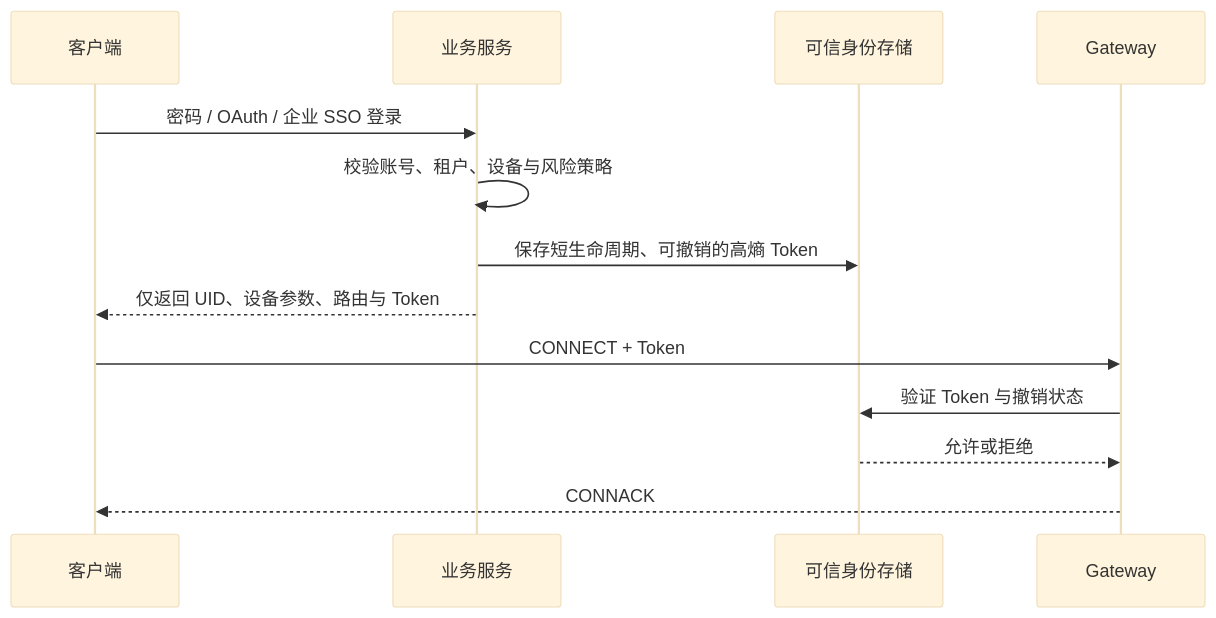
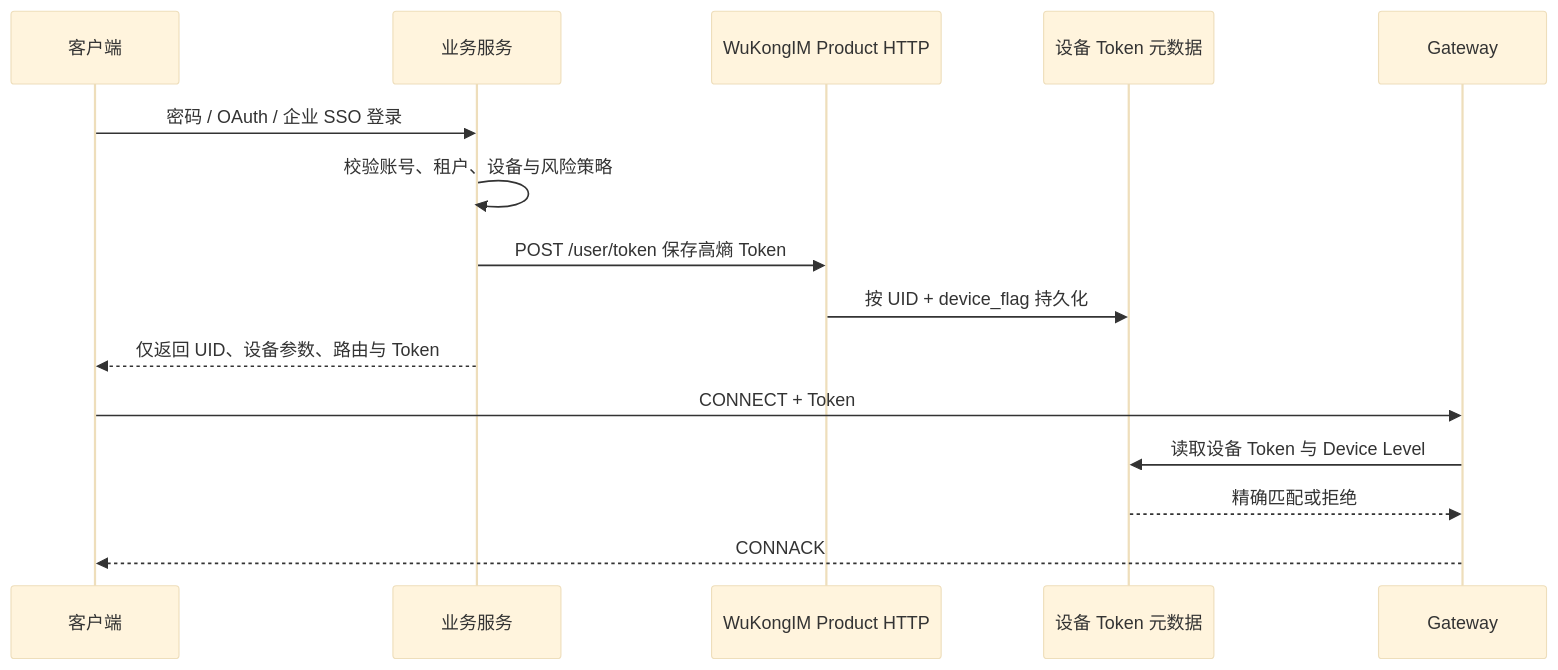
The diagram in docs-site/content/docs/guide/integration/authentication.mdx (WuKongIM/WuKongIM), drawn with Mermaid (base theme) before and after one commit. The commit also changed other lines of this file and 76 other files, not shown here.

````diff
--- a/docs-site/content/docs/guide/integration/authentication.mdx
+++ b/docs-site/content/docs/guide/integration/authentication.mdx
@@ -52,15 +52,17 @@
 ```mermaid
 sequenceDiagram
   participant Client as 客户端
   participant Product as 业务服务
-  participant Identity as 可信身份存储
+  participant API as WuKongIM Product HTTP
+  participant Metadata as 设备 Token 元数据
   participant Gateway as Gateway
   Client->>Product: 密码 / OAuth / 企业 SSO 登录
   Product->>Product: 校验账号、租户、设备与风险策略
-  Product->>Identity: 保存短生命周期、可撤销的高熵 Token
+  Product->>API: POST /user/token 保存高熵 Token
+  API->>Metadata: 按 UID + device_flag 持久化
   Product-->>Client: 仅返回 UID、设备参数、路由与 Token
   Client->>Gateway: CONNECT + Token
-  Gateway->>Identity: 验证 Token 与撤销状态
-  Identity-->>Gateway: 允许或拒绝
+  Gateway->>Metadata: 读取设备 Token 与 Device Level
+  Metadata-->>Gateway: 精确匹配或拒绝
   Gateway-->>Client: CONNACK
 ```
````
